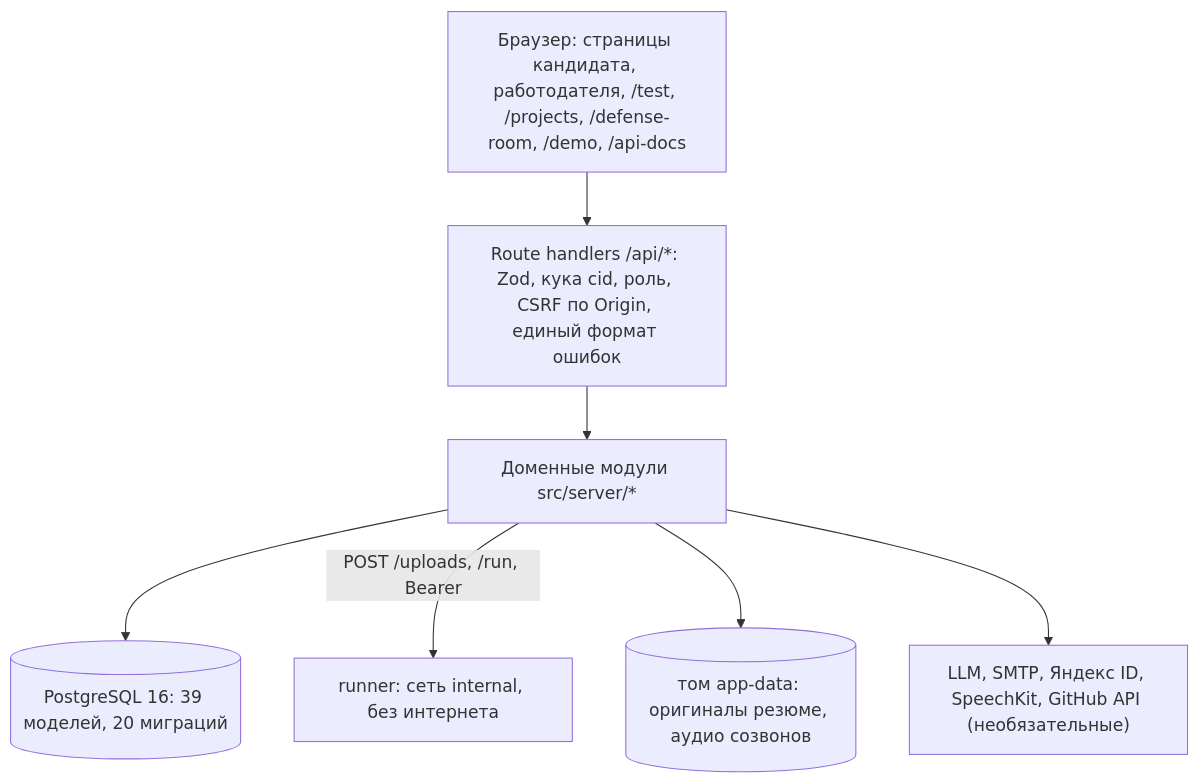
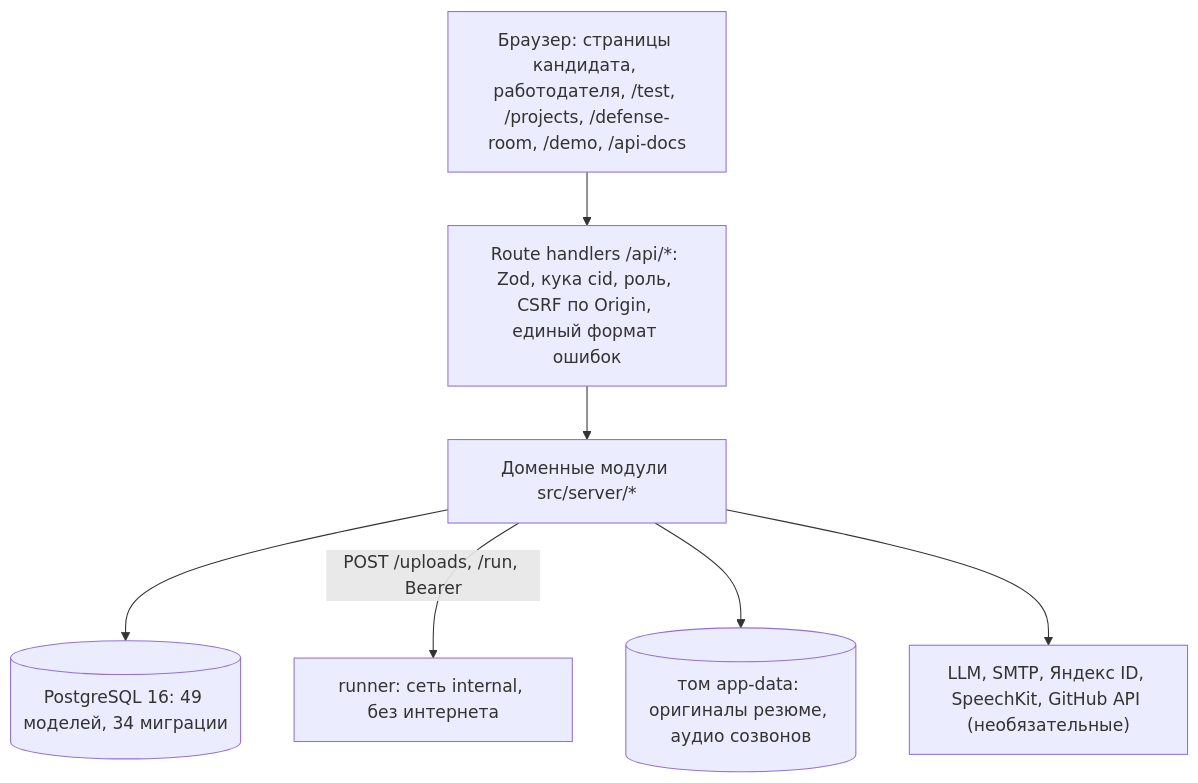
One commit to danelyan/Meshwork changed the diagram in docs/submission/fsp-career.md. Above: the diagram before and after it, drawn with Mermaid. The commit also changed other lines of this file and 4 other files, not shown here.

````diff
--- a/docs/submission/fsp-career.md
+++ b/docs/submission/fsp-career.md
@@ -93,9 +94,9 @@
 ```mermaid
 flowchart TD
   B["Браузер: страницы кандидата, работодателя, /test, /projects, /defense-room, /demo, /api-docs"] --> A["Route handlers /api/*: Zod, кука cid, роль, CSRF по Origin, единый формат ошибок"]
   A --> M["Доменные модули src/server/*"]
-  M --> DB[("PostgreSQL 16: 39 моделей, 20 миграций")]
+  M --> DB[("PostgreSQL 16: 49 моделей, 34 миграции")]
   M -->|"POST /uploads, /run, Bearer"| R["runner: сеть internal, без интернета"]
   M --> F[("том app-data: оригиналы резюме, аудио созвонов")]
   M --> X["LLM, SMTP, Яндекс ID, SpeechKit, GitHub API (необязательные)"]
 ```
````
